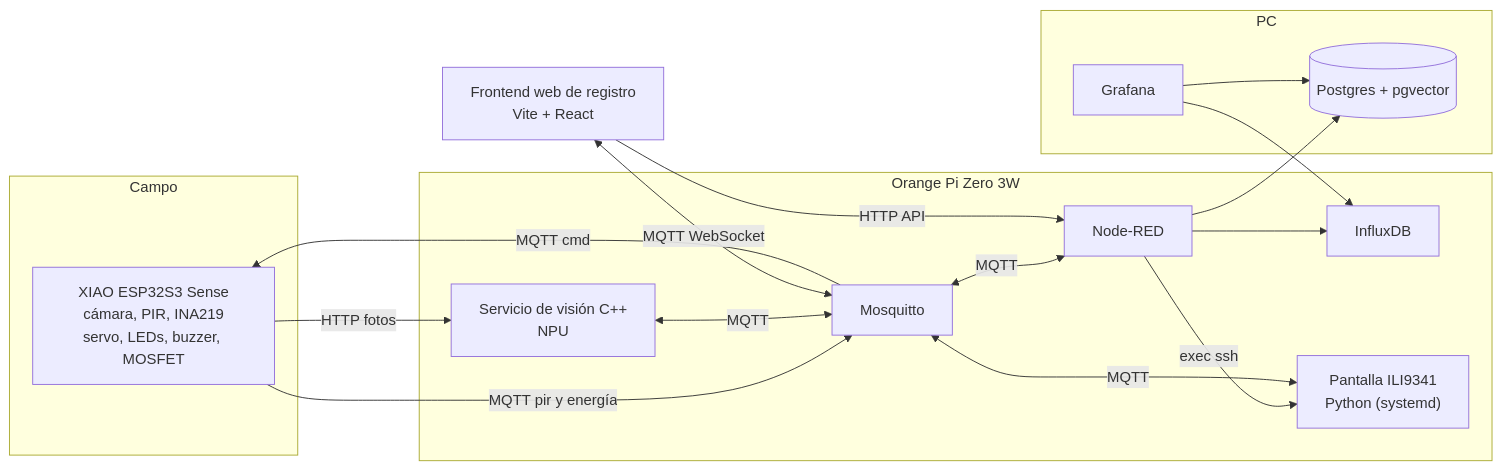
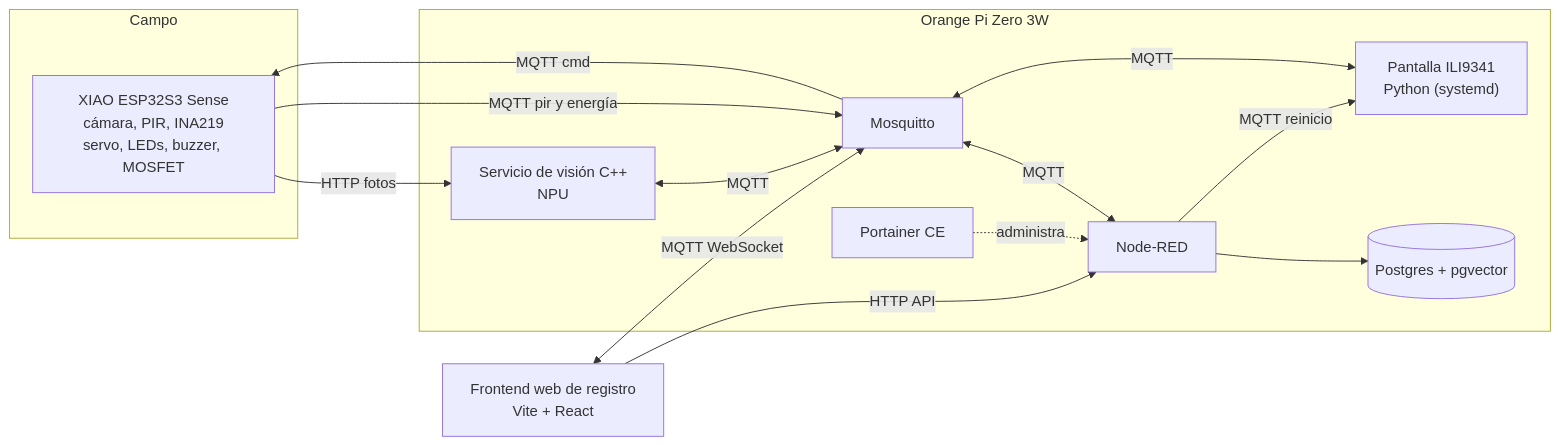
The first of 3 diagrams in docs/HIGH-LEVEL-PLAN.md (GustavoVaAsc/AutoList), drawn with Mermaid before and after one commit. The commit also changed other lines of this file and 1 other file, not shown here.

````diff
--- a/docs/HIGH-LEVEL-PLAN.md
+++ b/docs/HIGH-LEVEL-PLAN.md
@@ -57,32 +58,27 @@
 ```mermaid
 flowchart LR
   subgraph Campo
     ESP["XIAO ESP32S3 Sense<br/>cámara, PIR, INA219<br/>servo, LEDs, buzzer, MOSFET"]
   end
   subgraph OPi["Orange Pi Zero 3W"]
     VIS["Servicio de visión C++<br/>NPU"]
     MQ["Mosquitto"]
     NR["Node-RED"]
-    IF["InfluxDB"]
+    PG[("Postgres + pgvector")]
+    POR["Portainer CE"]
     LCD["Pantalla ILI9341<br/>Python (systemd)"]
-  end
-  subgraph PC
-    PG[("Postgres + pgvector")]
-    GF["Grafana"]
   end
   WEB["Frontend web de registro<br/>Vite + React"]
 
   ESP -->|HTTP fotos| VIS
   ESP -->|MQTT pir y energía| MQ
   VIS <-->|MQTT| MQ
   MQ <-->|MQTT| NR
-  NR --> IF
   NR --> PG
-  NR -->|exec ssh| LCD
+  POR -.->|administra| NR
+  NR -->|MQTT reinicio| LCD
   LCD <-->|MQTT| MQ
   MQ -->|MQTT cmd| ESP
-  GF --> IF
-  GF --> PG
   WEB -->|HTTP API| NR
   WEB <-->|MQTT WebSocket| MQ
 ```
````
